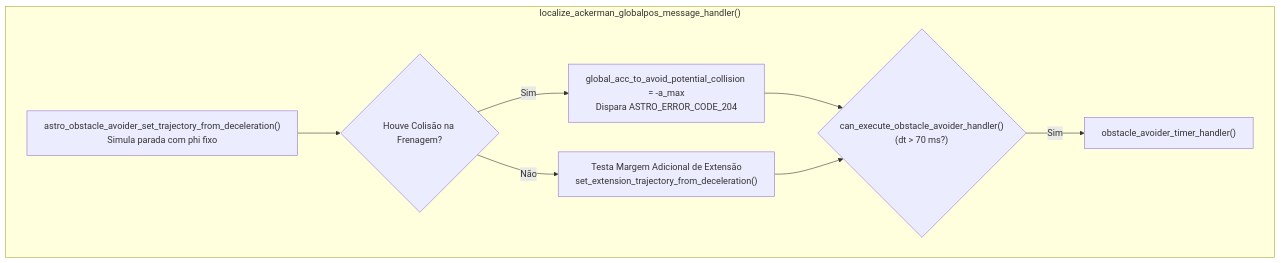
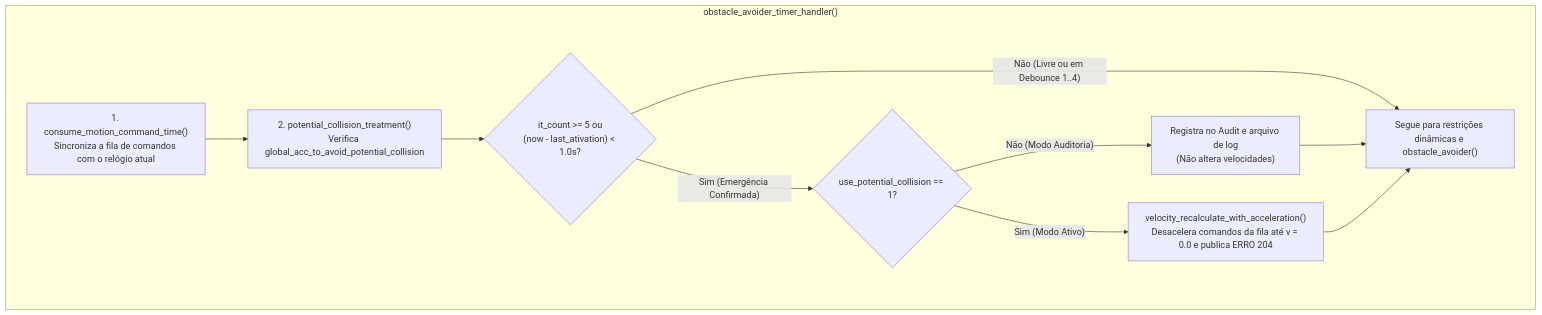
Before and after one commit to BrenoCSilva/lume: the first of 2 diagrams in README.md, drawn with Mermaid. The commit also changed other lines of this file, not shown here.

````diff
--- a/README.md
+++ b/README.md
@@ -21,13 +21,17 @@
 ```mermaid
 flowchart TD
-    subgraph HANDLER ["localize_ackerman_globalpos_message_handler()"]
-        PREV["astro_obstacle_avoider_set_trajectory_from_deceleration()<br/>Simula parada com phi fixo"]
-        PREV --> RES{"Houve Colisão na Frenagem?"}
-        RES -- "Sim" --> SET_ACC["global_acc_to_avoid_potential_collision = -a_max<br/>Dispara ASTRO_ERROR_CODE_204"]
-        RES -- "Não" --> CHECK_EXT["Testa Margem Adicional de Extensão<br/>set_extension_trajectory_from_deceleration()"]
+    subgraph TIMER ["obstacle_avoider_timer_handler()"]
+        CONS["1. consume_motion_command_time()<br/>Sincroniza a fila de comandos com o relógio atual"]
+        CONS --> PCT["2. potential_collision_treatment()<br/>Verifica global_acc_to_avoid_potential_collision"]
         
-        SET_ACC --> GATE{"can_execute_obstacle_avoider_handler()<br/>(dt &gt; 70 ms?)"}
-        CHECK_EXT --> GATE
-        GATE -- "Sim" --> TIMER["obstacle_avoider_timer_handler()"]
+        PCT --> DEB{"it_count &gt;= 5 ou<br/>(now - last_ativation) &lt; 1.0s?"}
+        DEB -- "Não (Livre ou em Debounce 1..4)" --> NEXT["Segue para restrições dinâmicas e obstacle_avoider()"]
+        
+        DEB -- "Sim (Emergência Confirmada)" --> MODE{"use_potential_collision == 1?"}
+        MODE -- "Não (Modo Auditoria)" --> AUDIT["Registra no Audit e arquivo de log<br/>(Não altera velocidades)"]
+        MODE -- "Sim (Modo Ativo)" --> RECALC["velocity_recalculate_with_acceleration()<br/>Desacelera comandos da fila até v = 0.0 e publica ERRO 204"]
+        
+        AUDIT --> NEXT
+        RECALC --> NEXT
     end
 ```
````
